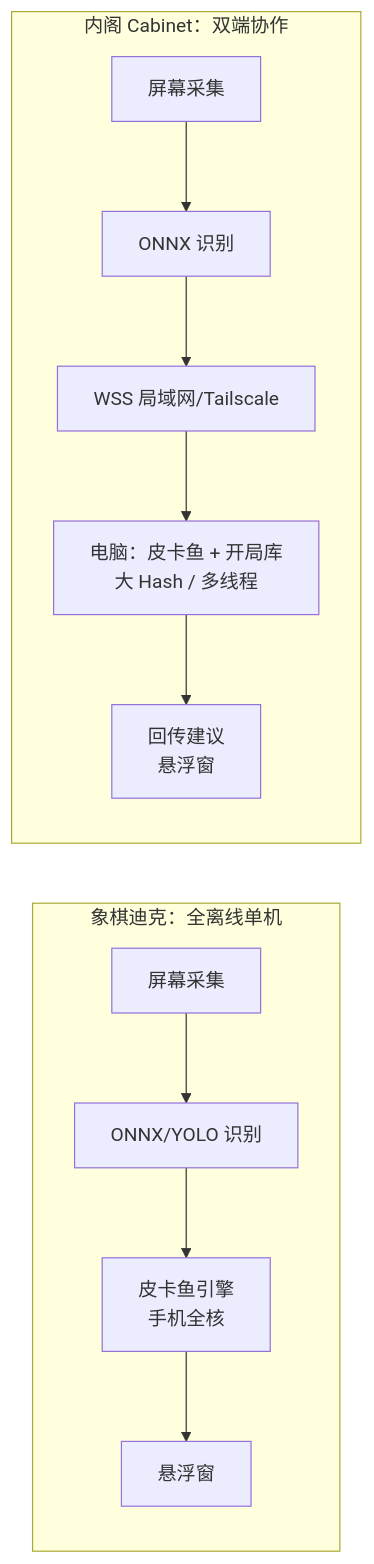
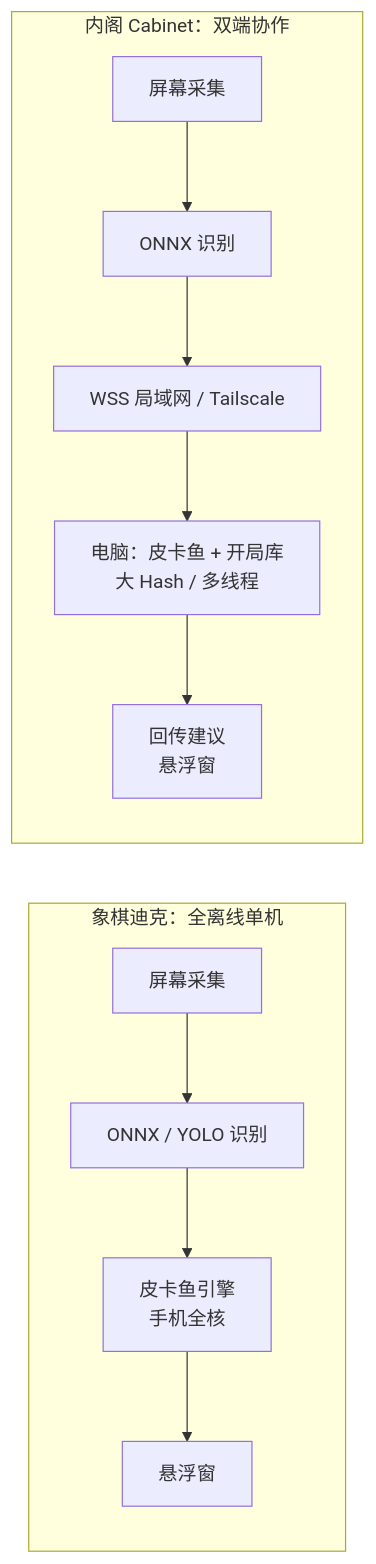
Before and after one commit to Silva6c/chess-dike: the first of 2 diagrams in docs/技术报告.md, drawn with Mermaid. The commit also changed other lines of this file, not shown here.

Commit message:
docs：§12 两张 mermaid 图的节点文本统一加引号
含括号/逗号的节点标签在部分 mermaid 渲染器下会被判语法错误（GitHub 官方
建议引号包裹），统一改为 A["文本"] 形式，纯格式调整不改内容。

状态：文档格式修正；未改代码。

````diff
--- a/docs/技术报告.md
+++ b/docs/技术报告.md
@@ -259,11 +259,11 @@
 ```mermaid
 flowchart LR
     subgraph XQDK["象棋迪克：全离线单机"]
-        A1[屏幕采集] --> A2[ONNX/YOLO 识别] --> A3[皮卡鱼引擎<br/>手机全核] --> A4[悬浮窗]
+        A1["屏幕采集"] --> A2["ONNX / YOLO 识别"] --> A3["皮卡鱼引擎<br/>手机全核"] --> A4["悬浮窗"]
     end
     subgraph CAB["内阁 Cabinet：双端协作"]
-        B1[屏幕采集] --> B2[ONNX 识别] --> B3[WSS 局域网/Tailscale]
-        B3 --> B4[电脑：皮卡鱼 + 开局库<br/>大 Hash / 多线程]
-        B4 --> B5[回传建议<br/>悬浮窗]
+        B1["屏幕采集"] --> B2["ONNX 识别"] --> B3["WSS 局域网 / Tailscale"]
+        B3 --> B4["电脑：皮卡鱼 + 开局库<br/>大 Hash / 多线程"]
+        B4 --> B5["回传建议<br/>悬浮窗"]
     end
 ```
````
